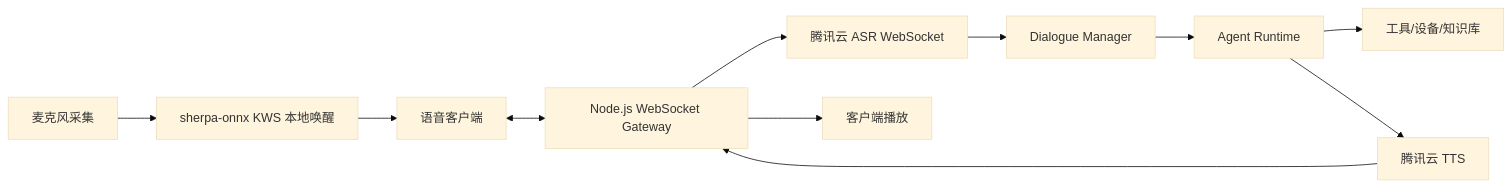
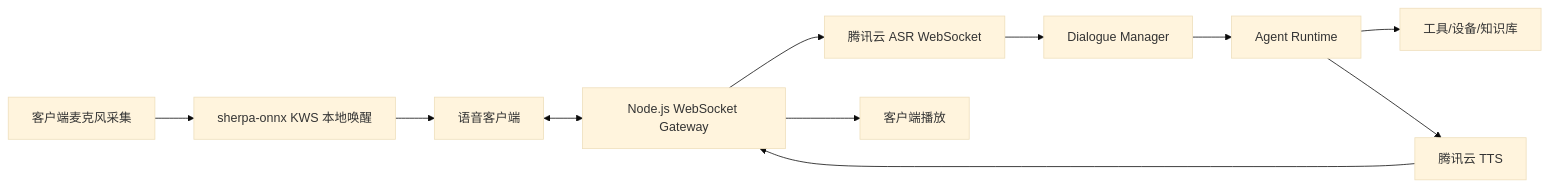
The second of 4 diagrams in docs/voice-agent-design.md (yuyue-aia/HomeAsisstant), drawn with Mermaid (base theme) before and after one commit. The commit also changed other lines of this file and 25 other files, not shown here.

````diff
--- a/docs/voice-agent-design.md
+++ b/docs/voice-agent-design.md
@@ -85,13 +129,13 @@
 ```mermaid
 flowchart LR
-  Mic[麦克风采集] --> Wake[sherpa-onnx KWS 本地唤醒]
+  Mic[客户端麦克风采集] --> Wake[sherpa-onnx KWS 本地唤醒]
   Wake --> Client[语音客户端]
   Client <--> Gateway[Node.js WebSocket Gateway]
   Gateway --> ASR[腾讯云 ASR WebSocket]
   ASR --> Dialog[Dialogue Manager]
   Dialog --> Agent[Agent Runtime]
   Agent --> Tools[工具/设备/知识库]
   Agent --> TTS[腾讯云 TTS]
   TTS --> Gateway
   Gateway --> Player[客户端播放]
 ```
````
